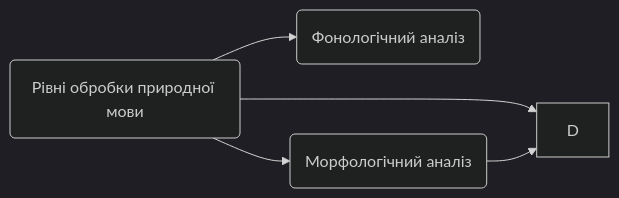
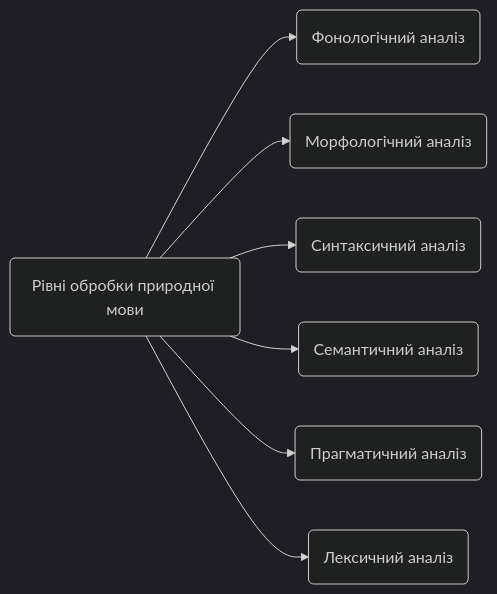
One commit to AleksFromUa/DBB-Project changed the second of 2 diagrams in ODB.md. Above: the diagram before and after it, drawn with Mermaid (dark theme). The commit also changed other lines of this file, not shown here.

````diff
--- a/ODB.md
+++ b/ODB.md
@@ -151,7 +153,9 @@
 ```mermaid
 graph LR
 A(Рівні обробки природної мови) --> B(Фонологічний аналіз)
 A --> C(Морфологічний аналіз)
-A --> D
-C --> D
+A --> D(Синтаксичний аналіз)
+A --> E(Семантичний аналіз)
+A --> F(Прагматичний аналіз)
+A --> G(Лексичний аналіз)
 ```
````
